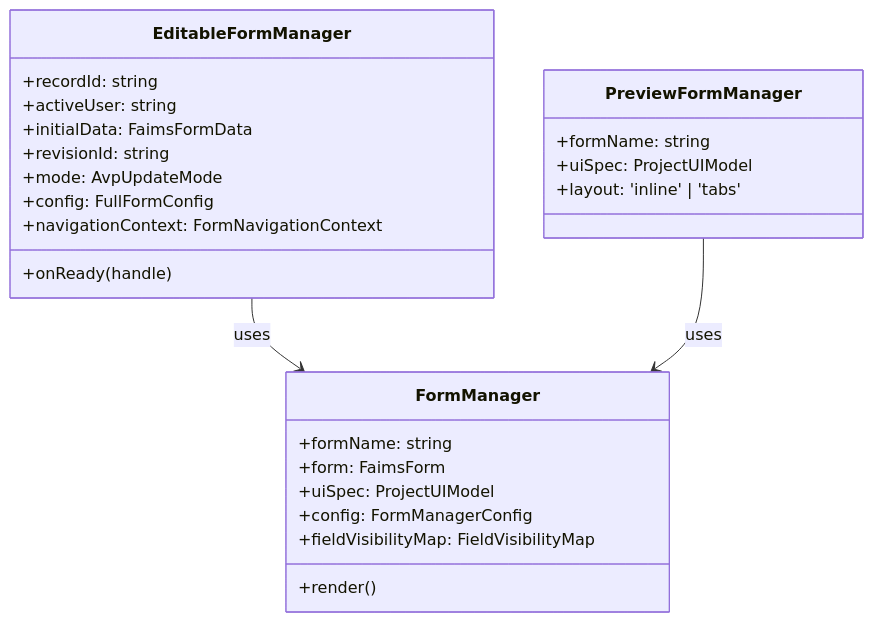
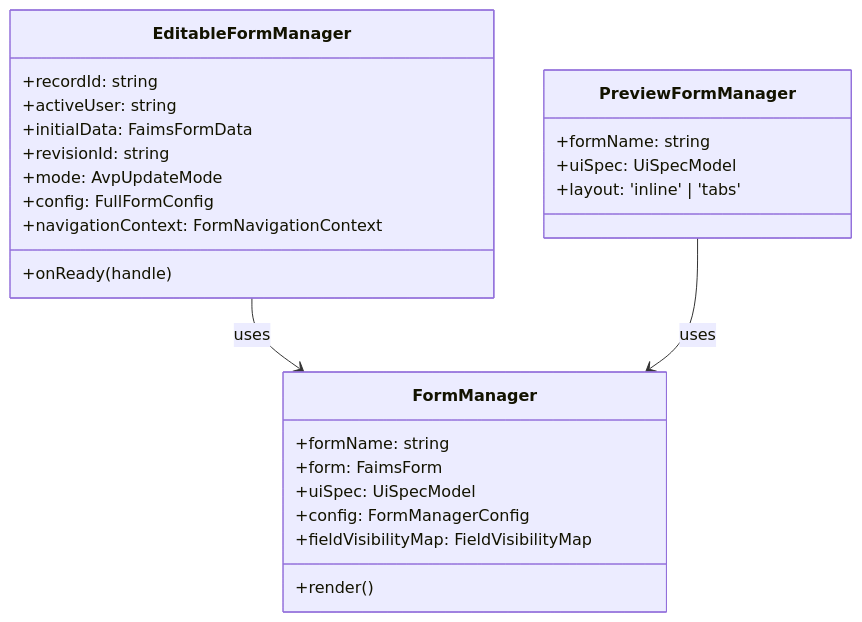
The diagram in docs/developer/docs/source/markdown/forms/02-form-managers.md (FAIMS/FAIMS3), drawn with Mermaid before and after one commit. The commit also changed other lines of this file and 46 other files, not shown here.

````diff
--- a/docs/developer/docs/source/markdown/forms/02-form-managers.md
+++ b/docs/developer/docs/source/markdown/forms/02-form-managers.md
@@ -7,31 +7,31 @@
 ```mermaid
 classDiagram
     class FormManager {
         +formName: string
         +form: FaimsForm
-        +uiSpec: ProjectUIModel
+        +uiSpec: UiSpecModel
         +config: FormManagerConfig
         +fieldVisibilityMap: FieldVisibilityMap
         +render()
     }
 
     class EditableFormManager {
         +recordId: string
         +activeUser: string
         +initialData: FaimsFormData
         +revisionId: string
         +mode: AvpUpdateMode
         +config: FullFormConfig
         +navigationContext: FormNavigationContext
         +onReady(handle)
     }
 
     class PreviewFormManager {
         +formName: string
-        +uiSpec: ProjectUIModel
+        +uiSpec: UiSpecModel
         +layout: 'inline' | 'tabs'
     }
 
     EditableFormManager --> FormManager : uses
     PreviewFormManager --> FormManager : uses
 ```
````
